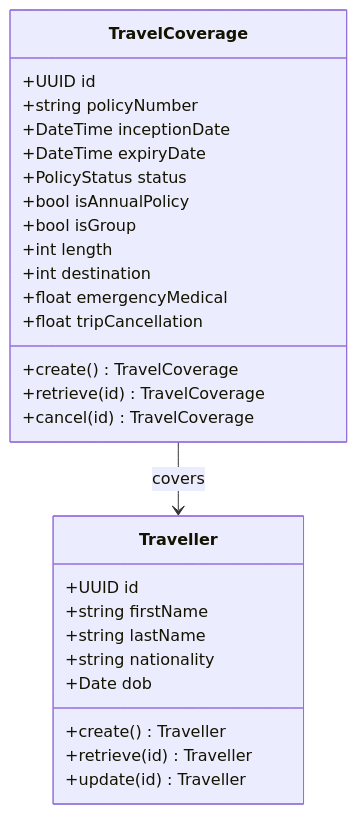
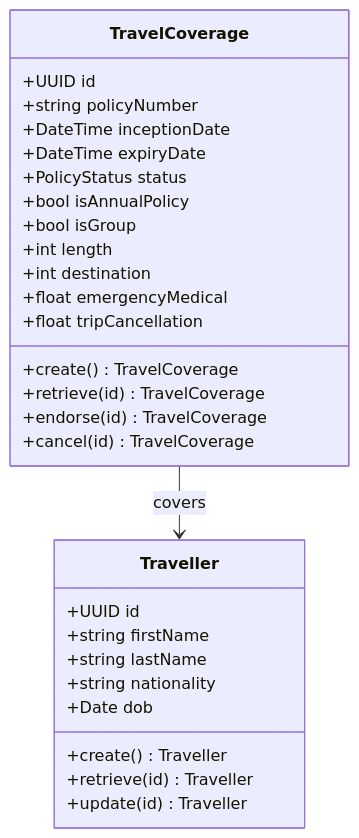
One commit to trisilva/opin changed the first of 4 diagrams in 04-travel/api.md. Above: the diagram before and after it, drawn with Mermaid. The commit also changed other lines of this file and 44 other files, not shown here.

````diff
--- a/04-travel/api.md
+++ b/04-travel/api.md
@@ -7,30 +9,31 @@
 ```mermaid
 classDiagram
     class TravelCoverage {
         +UUID id
         +string policyNumber
         +DateTime inceptionDate
         +DateTime expiryDate
         +PolicyStatus status
         +bool isAnnualPolicy
         +bool isGroup
         +int length
         +int destination
         +float emergencyMedical
         +float tripCancellation
         +create() TravelCoverage
         +retrieve(id) TravelCoverage
+        +endorse(id) TravelCoverage
         +cancel(id) TravelCoverage
     }
     class Traveller {
         +UUID id
         +string firstName
         +string lastName
         +string nationality
         +Date dob
         +create() Traveller
         +retrieve(id) Traveller
         +update(id) Traveller
     }
     TravelCoverage --> Traveller : covers
 ```
````
